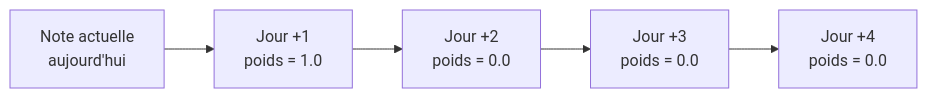
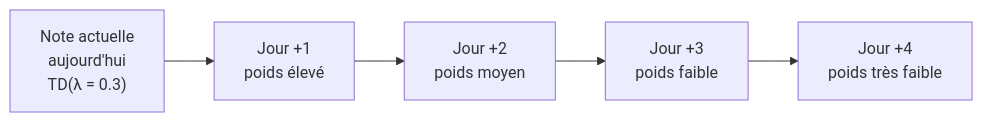
One commit to haythem-rehouma/G1266 changed the first of 4 diagrams in 02-apprentissage-par-renforcement/P16-Pratique 2 de révision du deuxieme quart du cours/PRATIQUE9/01.md. Above: the diagram before and after it, drawn with Mermaid.

````diff
--- a/02-apprentissage-par-renforcement/P16-Pratique 2 de révision du deuxieme quart du cours/PRATIQUE9/01.md
+++ b/02-apprentissage-par-renforcement/P16-Pratique 2 de révision du deuxieme quart du cours/PRATIQUE9/01.md
@@ -29,7 +29,7 @@
 ```mermaid
 flowchart LR
-    A[Note actuelle<br/>aujourd'hui] --> J1[Jour +1<br/>poids = 1.0]
-    J1 --> J2[Jour +2<br/>poids = 0.0]
-    J2 --> J3[Jour +3<br/>poids = 0.0]
-    J3 --> J4[Jour +4<br/>poids = 0.0]
+    A["Note actuelle<br>aujourd'hui<br>TD(λ = 0.3)"] --> J1["Jour +1<br>poids élevé"]
+    J1 --> J2["Jour +2<br>poids moyen"]
+    J2 --> J3["Jour +3<br>poids faible"]
+    J3 --> J4["Jour +4<br>poids très faible"]
 ```
````
